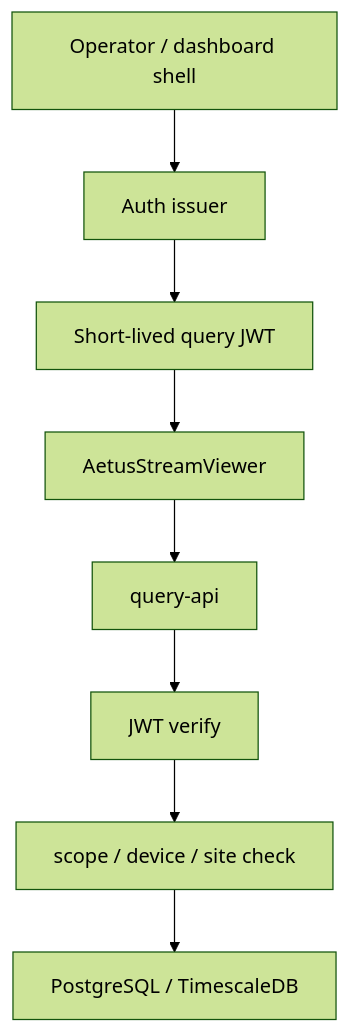
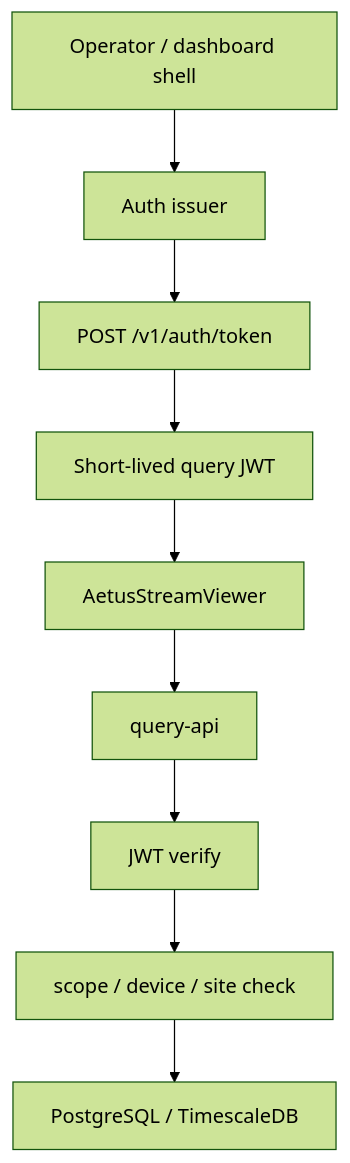
One commit to donghoonpark/aetus changed the eighth of 10 diagrams in docs/08-query-api-and-frontend.md. Above: the diagram before and after it, drawn with Mermaid (forest theme). The commit also changed other lines of this file and 15 other files, not shown here.

Commit message:
Add JWT query auth and advanced stream viewer

````diff
--- a/docs/08-query-api-and-frontend.md
+++ b/docs/08-query-api-and-frontend.md
@@ -633,10 +650,11 @@
 ```mermaid
 flowchart TB
     Operator["Operator / dashboard shell"] --> Issuer["Auth issuer"]
-    Issuer --> JWT["Short-lived query JWT"]
+    Issuer --> QueryAuth["POST /v1/auth/token"]
+    QueryAuth --> JWT["Short-lived query JWT"]
     JWT --> Viewer["AetusStreamViewer"]
     Viewer --> Query["query-api"]
     Query --> Verify["JWT verify"]
     Verify --> Policy["scope / device / site check"]
     Policy --> PG["PostgreSQL / TimescaleDB"]
 ```
````
